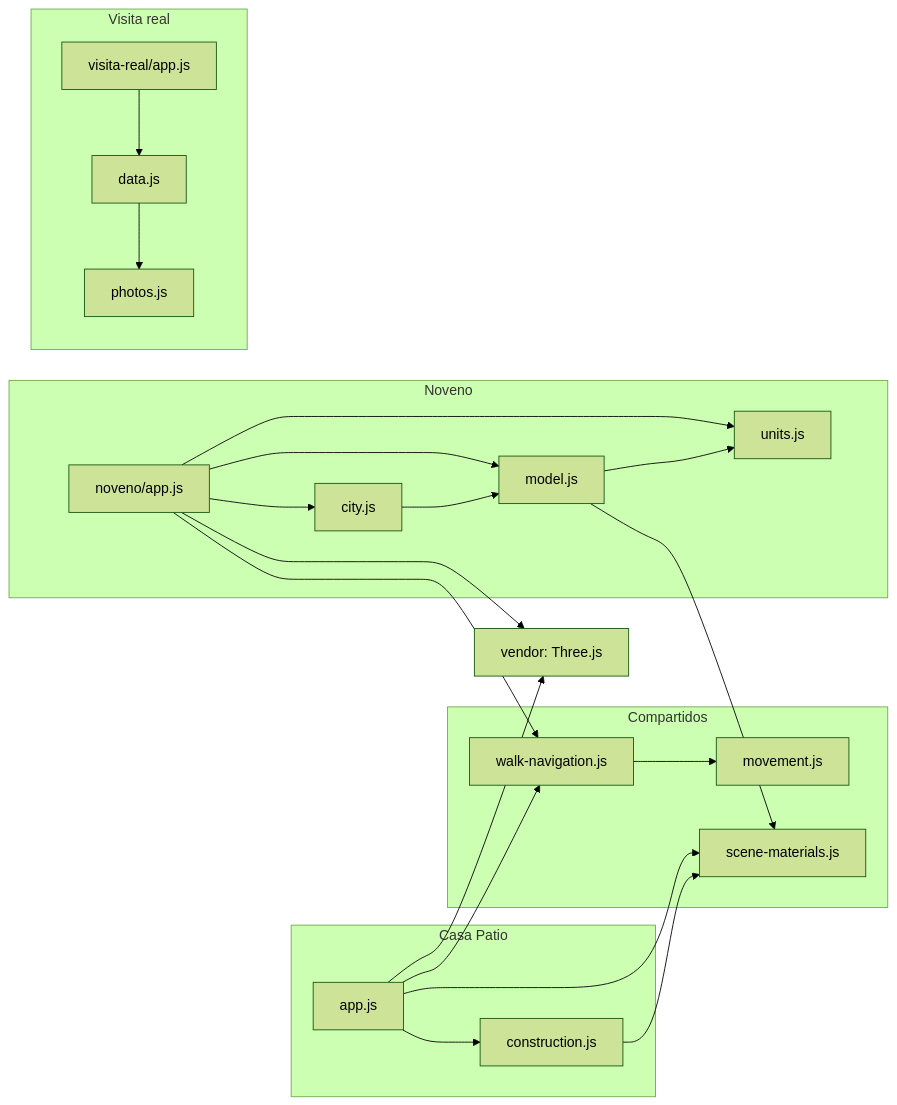
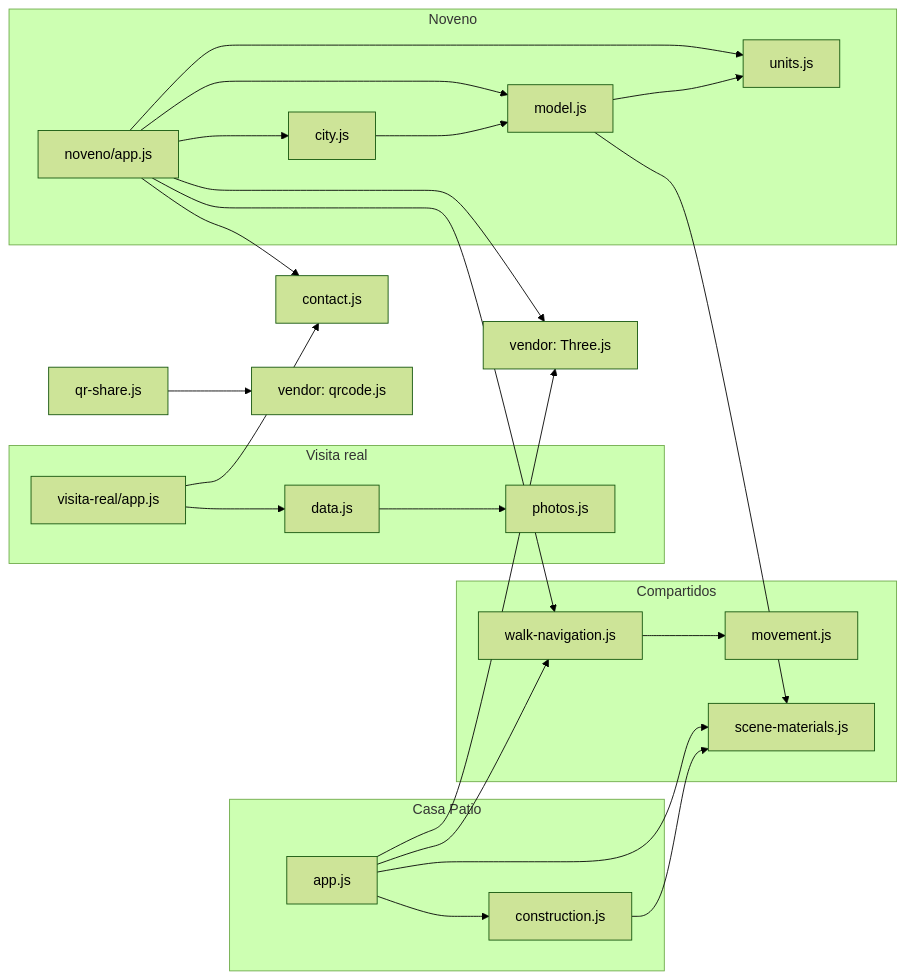
The diagram in docs/tecnico/arquitectura.md (geroo03/inmobiliaria-c-rdoba-3D), drawn with Mermaid (forest theme) before and after one commit. The commit also changed other lines of this file and 26 other files, not shown here.

````diff
--- a/docs/tecnico/arquitectura.md
+++ b/docs/tecnico/arquitectura.md
@@ -37,26 +40,29 @@
 ```mermaid
 flowchart LR
     subgraph CP[Casa Patio]
         A[app.js] --> C[construction.js]
     end
     subgraph NV[Noveno]
         N[noveno/app.js] --> U[units.js]
         N --> M[model.js]
         N --> Y[city.js]
         M --> U
         Y --> M
     end
     subgraph VR[Visita real]
         V[visita-real/app.js] --> D[data.js] --> P[photos.js]
     end
+    N --> CT[contact.js]
+    V --> CT
+    QS[qr-share.js] --> QL[vendor: qrcode.js]
     subgraph SH[Compartidos]
         W[walk-navigation.js] --> MV[movement.js]
         S[scene-materials.js]
     end
     A --> W
     A --> S
     C --> S
     N --> W
     M --> S
     A & N --> T[vendor: Three.js]
 ```
````
